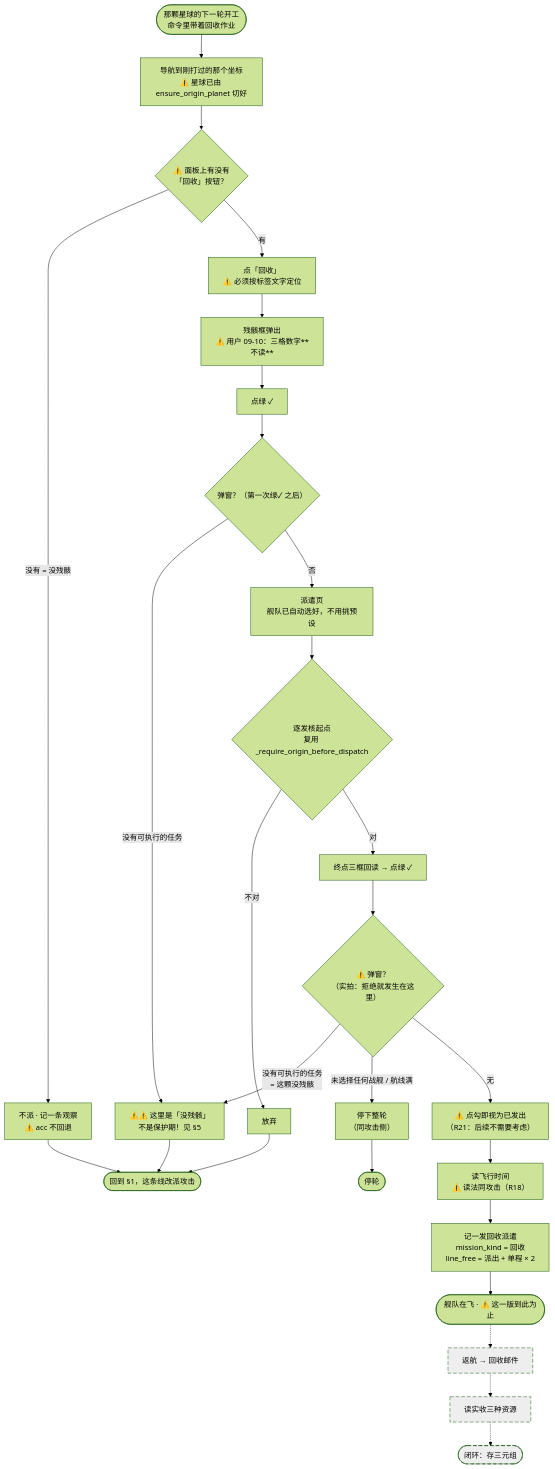
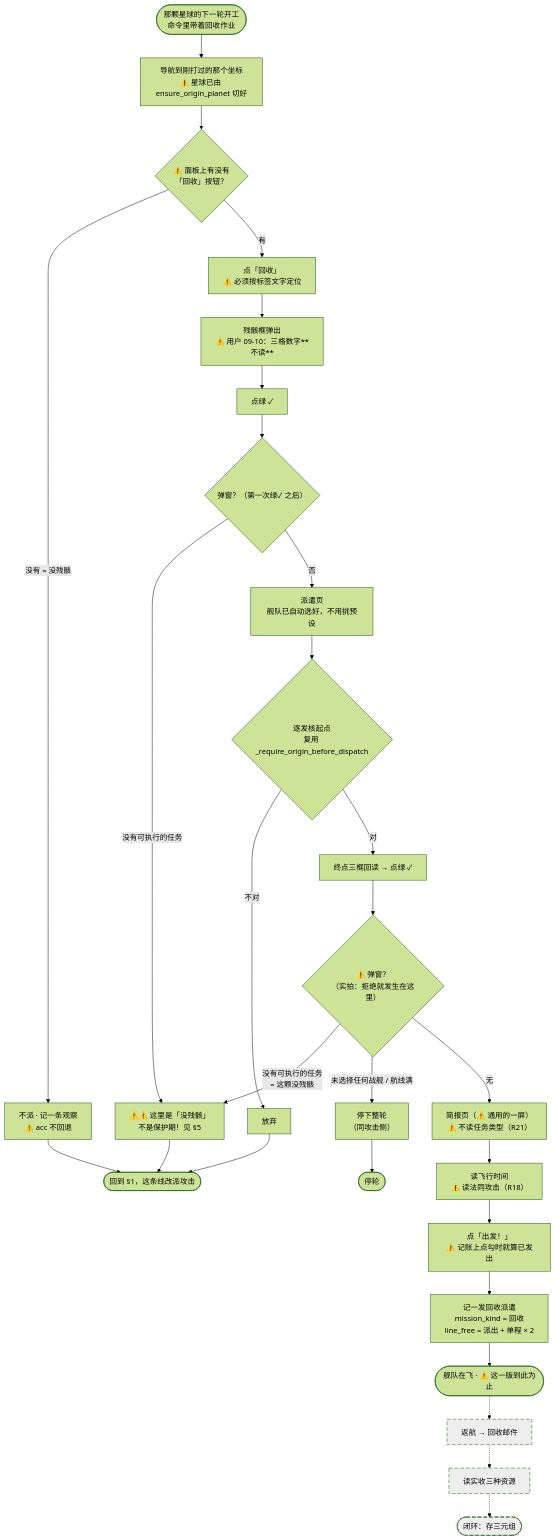
Before and after one commit to Kucleer/EVO-Helper: the third of 5 diagrams in docs/回收闭环/流程图.md, drawn with Mermaid (forest theme). The commit also changed other lines of this file and 3 other files, not shown here.

````diff
--- a/docs/回收闭环/流程图.md
+++ b/docs/回收闭环/流程图.md
@@ -119,40 +119,40 @@
 ```mermaid
 flowchart TD
     R0(["那颗星球的下一轮开工<br/>命令里带着回收作业"]) --> R3["导航到刚打过的那个坐标<br/>⚠️ 星球已由 ensure_origin_planet 切好"]
 
     R3 --> R4{"⚠️ 面板上有没有<br/>「回收」按钮？"}
     R4 -->|"没有 = 没残骸"| RX1["不派 · 记一条观察<br/>⚠️ acc 不回退"]
     R4 -->|有| R5["点「回收」<br/>⚠️ 必须按标签文字定位"]
 
     R5 --> R6["残骸框弹出<br/>⚠️ 用户 09-10：三格数字**不读**"]
     R6 --> R7[点绿 ✓]
 
     R7 --> R8{"弹窗？（第一次绿✓ 之后）"}
     R8 -->|"没有可执行的任务"| RX2["⚠️⚠️ 这里是「没残骸」<br/>不是保护期！见 §5"]
     R8 -->|否| R9["派遣页<br/>舰队已自动选好，不用挑预设"]
 
     R9 --> R10{"逐发核起点<br/>复用 _require_origin_before_dispatch"}
     R10 -->|不对| RX3[放弃]
     R10 -->|对| R11[终点三框回读 → 点绿 ✓]
 
     R11 --> R11D{"⚠️ 弹窗？<br/>（实拍：拒绝就发生在这里）"}
     R11D -->|"没有可执行的任务<br/>= 这颗没残骸"| RX2
     R11D -->|"未选择任何战舰 / 航线满"| RSTOP["停下整轮<br/>（同攻击侧）"]
-    R11D -->|无| R13["⚠️ 点勾即视为已发出<br/>（R21：后续不需要考虑）"]
-
-    R13 --> R12F["读飞行时间<br/>⚠️ 读法同攻击（R18）"]
-    R12F --> R14["记一发回收派遣<br/>mission_kind = 回收<br/>line_free = 派出 + 单程 × 2"]
+    R11D -->|无| R12["简报页（⚠️ 通用的一屏）<br/>⚠️ 不读任务类型（R21）"]
+    R12 --> R12F["读飞行时间<br/>⚠️ 读法同攻击（R18）"]
+    R12F --> R13["点「出发！」<br/>⚠️ 记账上点勾时就算已发出"]
+    R13 --> R14["记一发回收派遣<br/>mission_kind = 回收<br/>line_free = 派出 + 单程 × 2"]
     R14 --> R15([舰队在飞 · ⚠️ 这一版到此为止])
     R15 -.-> R16["返航 → 回收邮件"]
     R16 -.-> R17["读实收三种资源"]
     R17 -.-> R18([闭环：存三元组])
 
     RX1 --> ATK2([回到 §1，这条线改派攻击])
     RX2 --> ATK2
     RX3 --> ATK2
     RSTOP --> STOPALL([停轮])
 
     style R16 fill:#eee,stroke-dasharray: 8 4
     style R17 fill:#eee,stroke-dasharray: 8 4
     style R18 fill:#eee,stroke-dasharray: 8 4
 ```
````
